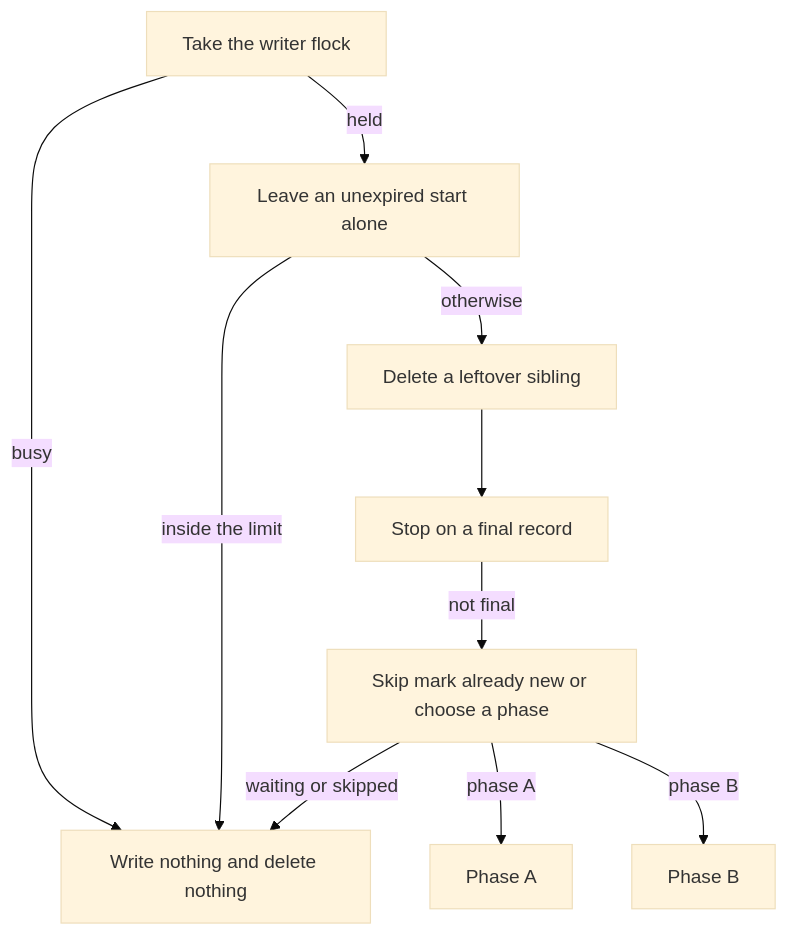
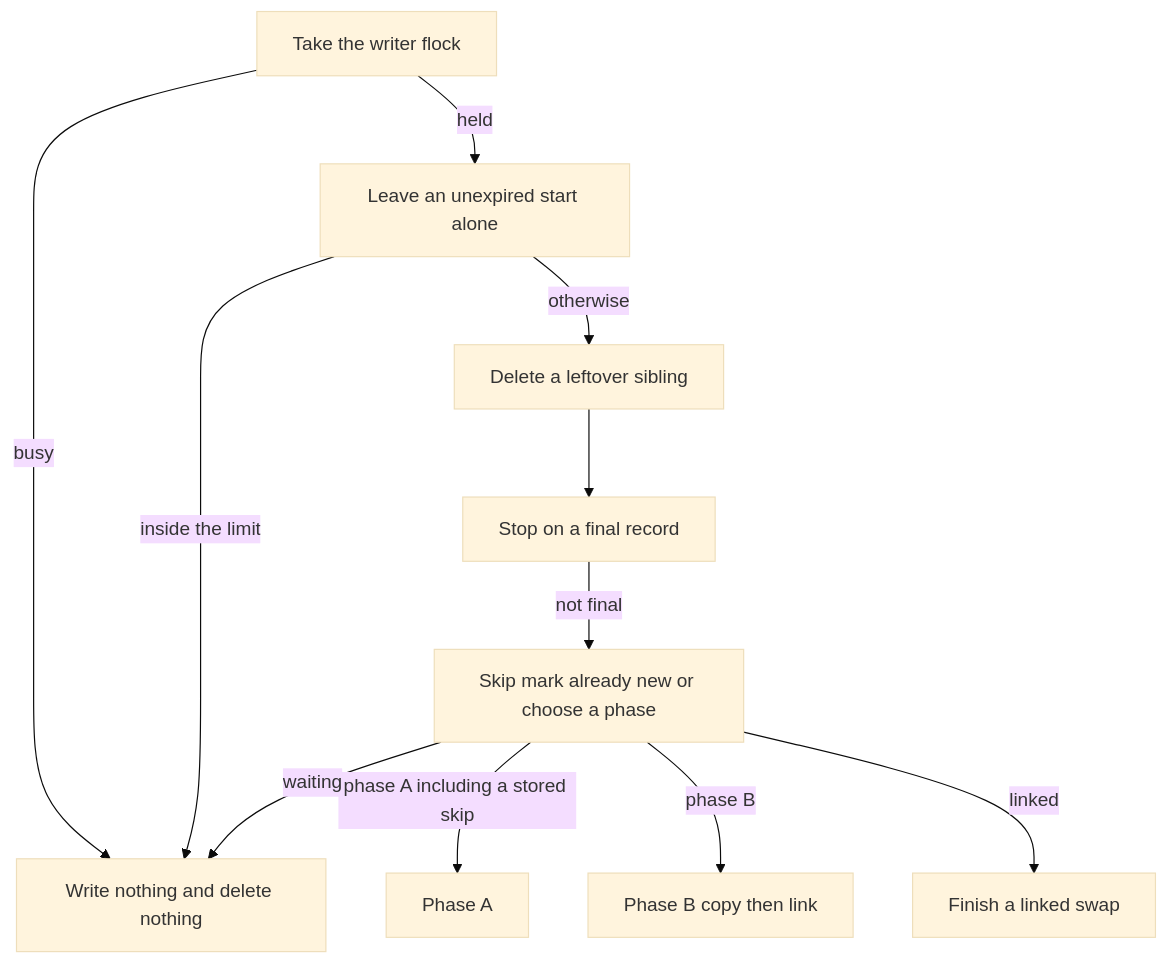
Before and after one commit to Texarkanine/stockroom: the diagram in memory-bank/active/tasks.md, drawn with Mermaid (base theme). The commit also changed other lines of this file and 7 other files, not shown here.

````diff
--- a/memory-bank/active/tasks.md
+++ b/memory-bank/active/tasks.md
@@ -15,20 +15,22 @@
 ```mermaid
 flowchart TD
   take[Take the writer flock]
   quiet[Write nothing and delete nothing]
   keep[Leave an unexpired start alone]
   sweep[Delete a leftover sibling]
   stop[Stop on a final record]
   choose[Skip mark already new or choose a phase]
   rehearse[Phase A]
-  swap[Phase B]
+  swap[Phase B copy then link]
+  finish[Finish a linked swap]
   take -->|busy| quiet
   take -->|held| keep
   keep -->|inside the limit| quiet
   keep -->|otherwise| sweep
   sweep --> stop
   stop -->|not final| choose
-  choose -->|phase A| rehearse
+  choose -->|phase A including a stored skip| rehearse
   choose -->|phase B| swap
-  choose -->|waiting or skipped| quiet
+  choose -->|waiting| quiet
+  choose -->|linked| finish
 ```
````
